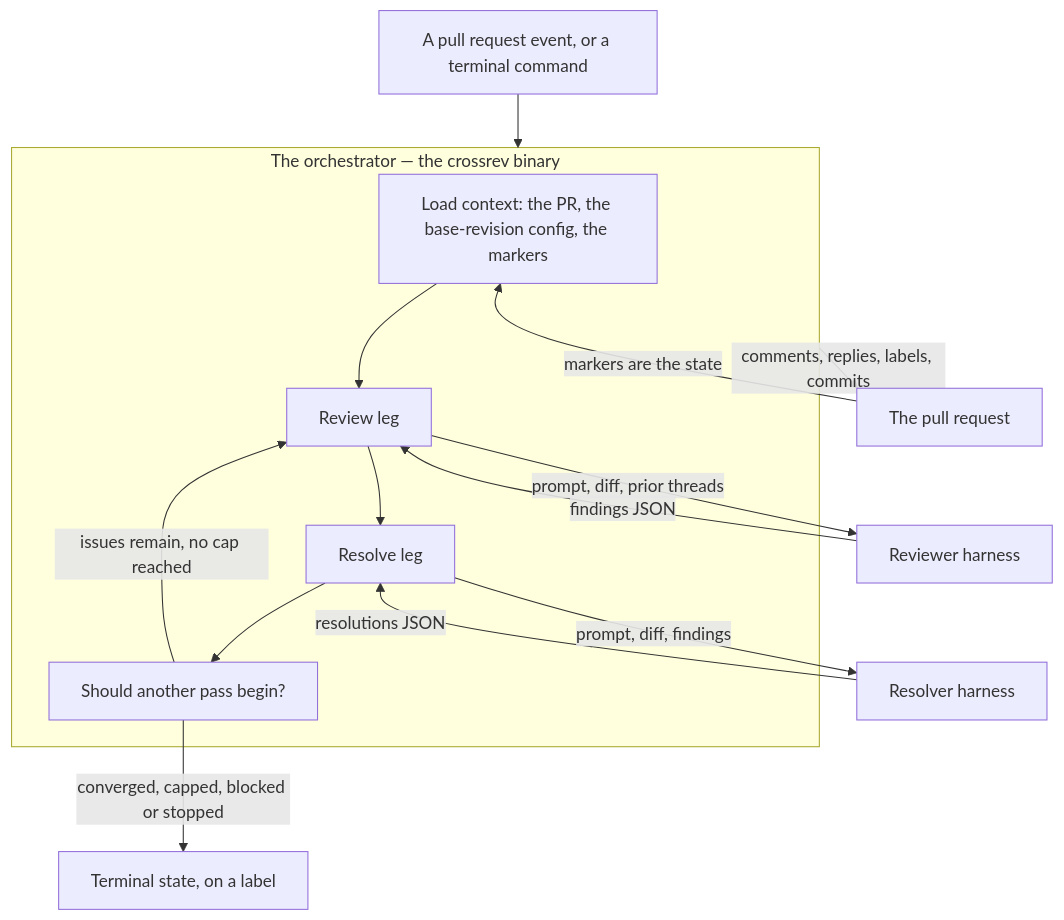
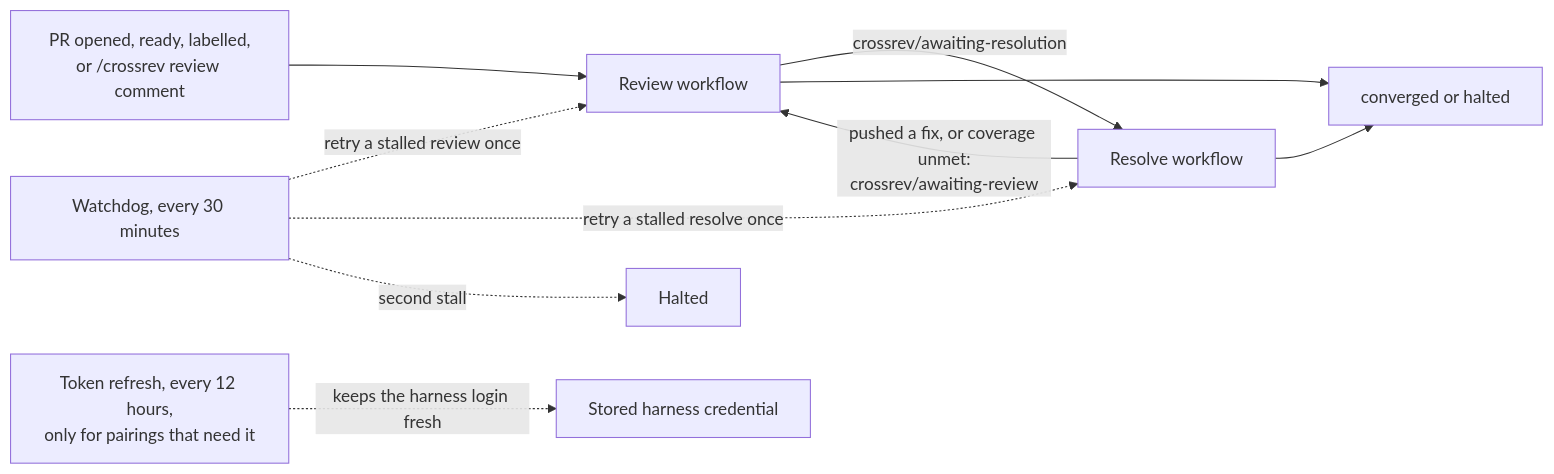
One commit to carlosboeing/crossrev changed the seventh of 7 diagrams in docs/architecture.md. Above: the diagram before and after it, drawn with Mermaid. The commit also changed other lines of this file and 1 other file, not shown here.

First line of the commit message:
docs(architecture): rewrite for a first-time reader (#338)

````diff
--- a/docs/architecture.md
+++ b/docs/architecture.md
@@ -21,23 +368,12 @@
 ```mermaid
-flowchart TD
-    trigger["A pull request event, or a terminal command"] --> orch
-
-    subgraph orch["The orchestrator — the crossrev binary"]
-        ctx["Load context: the PR, the base-revision config, the markers"]
-        review["Review leg"]
-        resolve["Resolve leg"]
-        term["Should another pass begin?"]
-        ctx --> review --> resolve --> term
-        term -->|"issues remain, no cap reached"| review
-    end
-
-    review -->|"prompt, diff, prior threads"| ra["Reviewer harness"]
-    resolve -->|"prompt, diff, findings"| sa["Resolver harness"]
-    ra -->|"findings JSON"| review
-    sa -->|"resolutions JSON"| resolve
-
-    orch -->|"comments, replies, labels, commits"| gh["The pull request"]
-    gh -->|"markers are the state"| ctx
-
-    term -->|"converged, capped, blocked or stopped"| done["Terminal state, on a label"]
+flowchart LR
+    open["PR opened, ready, labelled,<br/>or /crossrev review comment"] --> rw["Review workflow"]
+    rw -->|"crossrev/awaiting-resolution"| sw["Resolve workflow"]
+    sw -->|"pushed a fix, or coverage unmet:<br/>crossrev/awaiting-review"| rw
+    rw --> end1["converged or halted"]
+    sw --> end1
+    cron1["Watchdog, every 30 minutes"] -.->|"retry a stalled review once"| rw
+    cron1 -.->|"retry a stalled resolve once"| sw
+    cron1 -.->|"second stall"| hlt["Halted"]
+    cron2["Token refresh, every 12 hours,<br/>only for pairings that need it"] -.->|"keeps the harness login fresh"| cred["Stored harness credential"]
 ```
````
